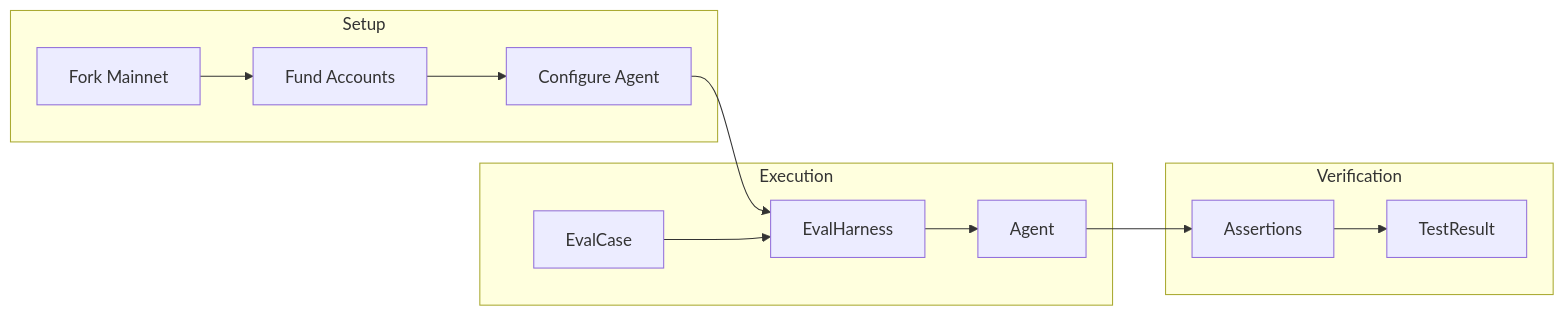
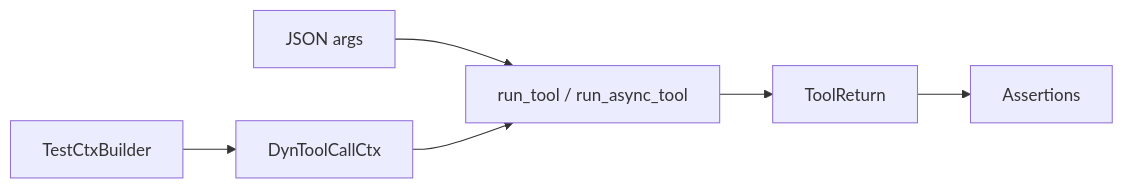
One commit to aomi-labs/docs changed the diagram in guides/evals-testing.mdx. Above: the diagram before and after it, drawn with Mermaid. The commit also changed other lines of this file and 31 other files, not shown here.

````diff
--- a/guides/evals-testing.mdx
+++ b/guides/evals-testing.mdx
@@ -12,28 +10,8 @@
 ```mermaid
 flowchart LR
-    subgraph "Setup"
-        FORK[Fork Mainnet]
-        FUND[Fund Accounts]
-        CONFIG[Configure Agent]
-    end
-
-    subgraph "Execution"
-        CASE[EvalCase]
-        HARNESS[EvalHarness]
-        AGENT[Agent]
-    end
-
-    subgraph "Verification"
-        ASSERT[Assertions]
-        RESULT[TestResult]
-    end
-
-    FORK --> FUND
-    FUND --> CONFIG
-    CONFIG --> HARNESS
-
-    CASE --> HARNESS
-    HARNESS --> AGENT
-    AGENT --> ASSERT
-    ASSERT --> RESULT
+    BUILD[TestCtxBuilder] --> CTX[DynToolCallCtx]
+    ARGS[JSON args] --> RUN[run_tool / run_async_tool]
+    CTX --> RUN
+    RUN --> RESULT[ToolReturn]
+    RESULT --> ASSERT[Assertions]
 ```
````
